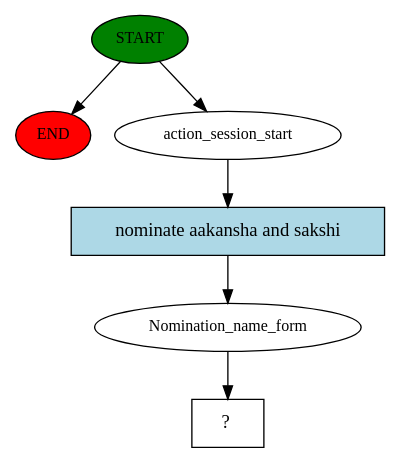
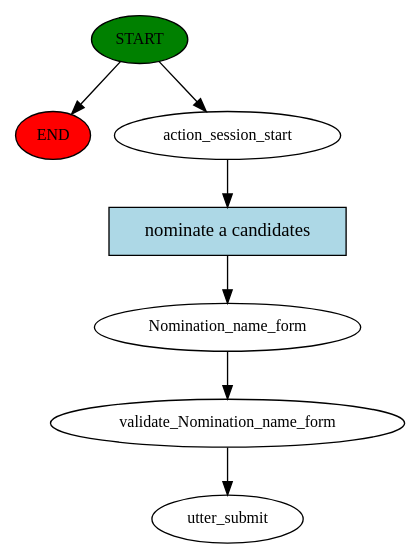
The diagram in story_graph.dot (arora-aakansha/Rasa), drawn with Graphviz before and after one commit. The commit also changed 11 other files, not shown here.

```diff
--- a/story_graph.dot
+++ b/story_graph.dot
@@ -1,13 +1,15 @@
 digraph  {
 0 [class="start active", fillcolor=green, fontsize=12, label=START, style=filled];
 "-1" [class=end, fillcolor=red, fontsize=12, label=END, style=filled];
 1 [class=active, fontsize=12, label=action_session_start];
 2 [class=active, fontsize=12, label=Nomination_name_form];
-3 [class="intent dashed active", label="  ?  ", shape=rect];
-4 [class="intent active", fillcolor=lightblue, label="nominate aakansha and sakshi", shape=rect, style=filled];
+3 [class=active, fontsize=12, label=validate_Nomination_name_form];
+4 [class="dashed active", fontsize=12, label=utter_submit];
+5 [class="intent active", fillcolor=lightblue, label="nominate a candidates", shape=rect, style=filled];
 0 -> "-1"  [class="", key=NONE, label=""];
 0 -> 1  [class=active, key=NONE, label=""];
-1 -> 4  [class=active, key=0];
+1 -> 5  [class=active, key=0];
 2 -> 3  [class=active, key=NONE, label=""];
-4 -> 2  [class=active, key=0];
+3 -> 4  [class=active, key=NONE, label=""];
+5 -> 2  [class=active, key=0];
 }
```
